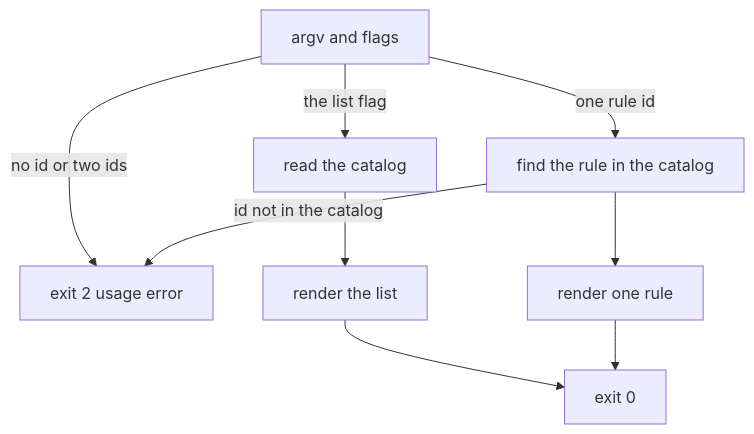
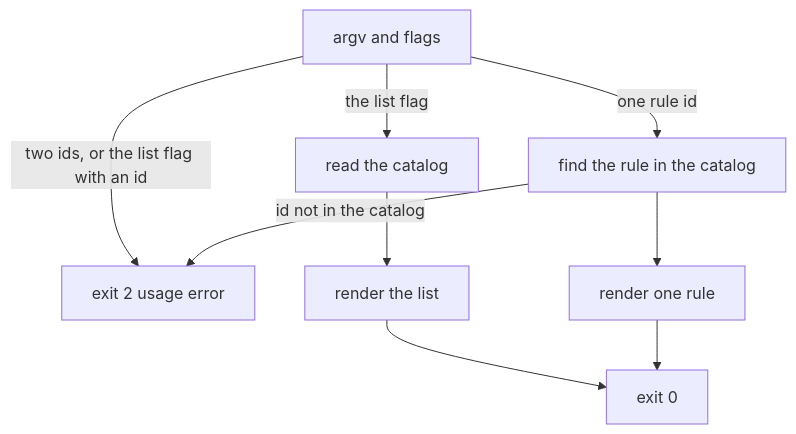
Before and after one commit to MaxGB23/funky-secure: the sixth of 8 diagrams in docs/architecture.md, drawn with Mermaid. The commit also changed other lines of this file and 60 other files, not shown here.

````diff
--- a/docs/architecture.md
+++ b/docs/architecture.md
@@ -151,11 +154,11 @@
 ```mermaid
 flowchart TD
   a["argv and flags"] -->|"the list flag"| b["read the catalog"]
   a -->|"one rule id"| c["find the rule in the catalog"]
-  a -->|"no id or two ids"| z["exit 2 usage error"]
+  a -->|"two ids, or the list flag with an id"| z["exit 2 usage error"]
   b --> d["render the list"]
   c -->|"id not in the catalog"| z
   c --> e["render one rule"]
   d --> f["exit 0"]
   e --> f
 ```
````
